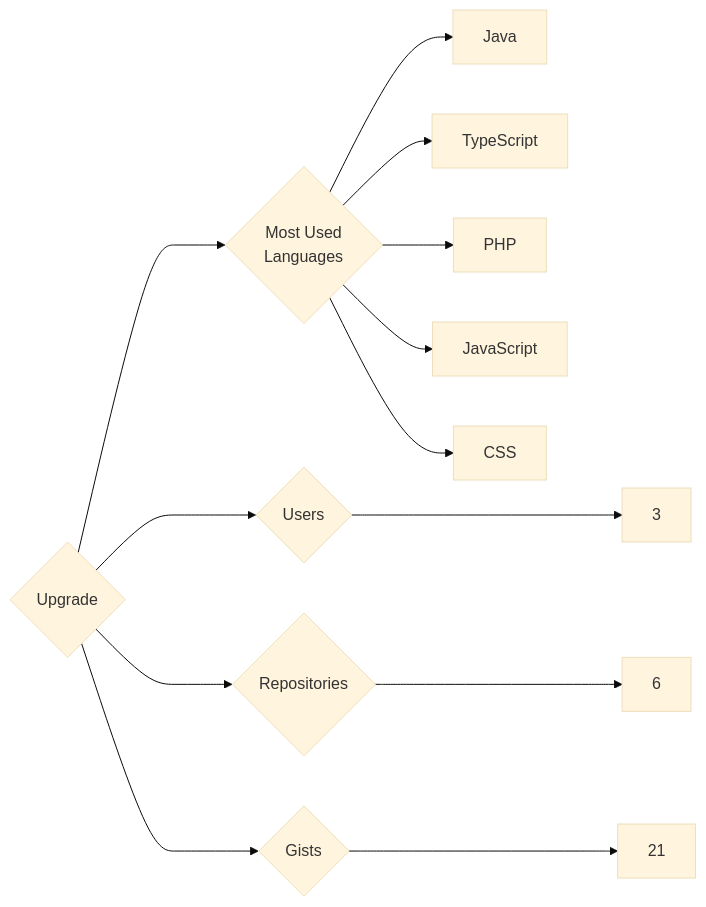
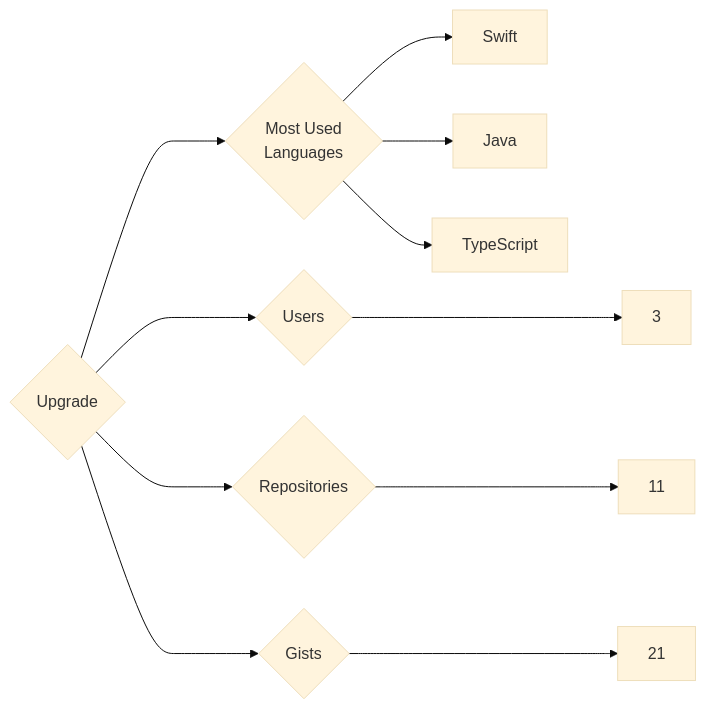
One commit to trickest/insiders changed the diagram in targets/Upgrade/README.md. Above: the diagram before and after it, drawn with Mermaid (base theme). The commit also changed 965 other files, not shown here.

````diff
--- a/targets/Upgrade/README.md
+++ b/targets/Upgrade/README.md
@@ -3,13 +3,11 @@
 ```mermaid
 graph LR
 COMPANY_NAME{Upgrade}
 COMPANY_NAME ---> U{Users} ---> UN[3]
-COMPANY_NAME ---> R{Repositories} ---> RN[6]
+COMPANY_NAME ---> R{Repositories} ---> RN[11]
 COMPANY_NAME ---> G{Gists} ---> GN[21]
 COMPANY_NAME ---> ML{Most Used<br>Languages}
+ML --> Swift[Swift]
 ML --> Java[Java]
 ML --> TypeScript[TypeScript]
-ML --> PHP[PHP]
-ML --> JavaScript[JavaScript]
-ML --> CSS[CSS]
 ```
````
